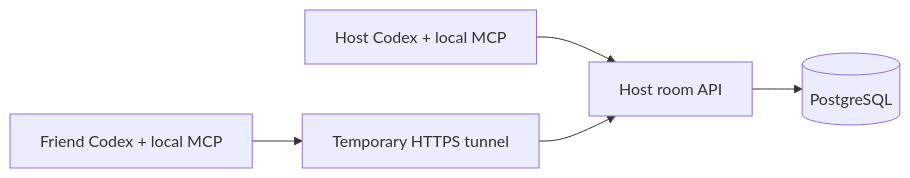
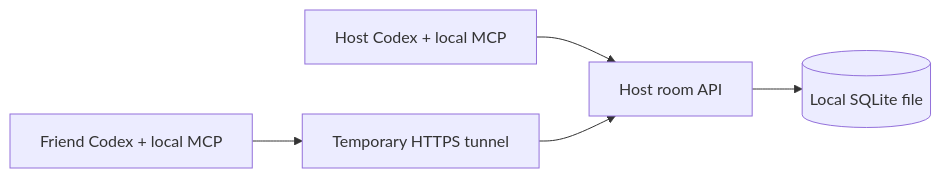
One commit to saltypal/Sahakaram changed the diagram in README.md. Above: the diagram before and after it, drawn with Mermaid. The commit also changed other lines of this file and 32 other files, not shown here.

````diff
--- a/README.md
+++ b/README.md
@@ -82,7 +100,7 @@
 ```mermaid
 flowchart LR
     A[Host Codex + local MCP] --> H[Host room API]
     B[Friend Codex + local MCP] --> T[Temporary HTTPS tunnel]
     T --> H
-    H --> P[(PostgreSQL)]
+    H --> P[(Local SQLite file)]
 ```
````
